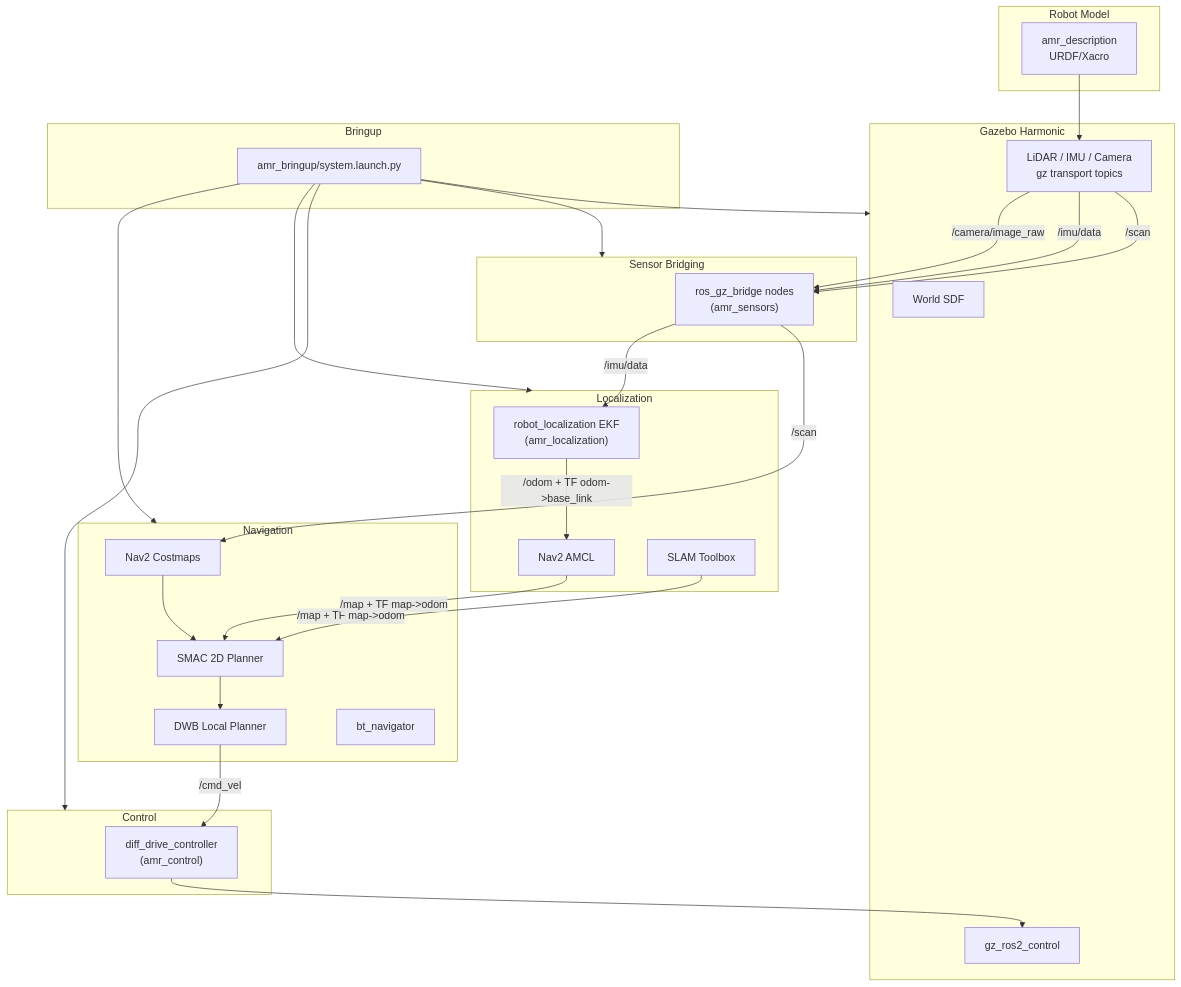
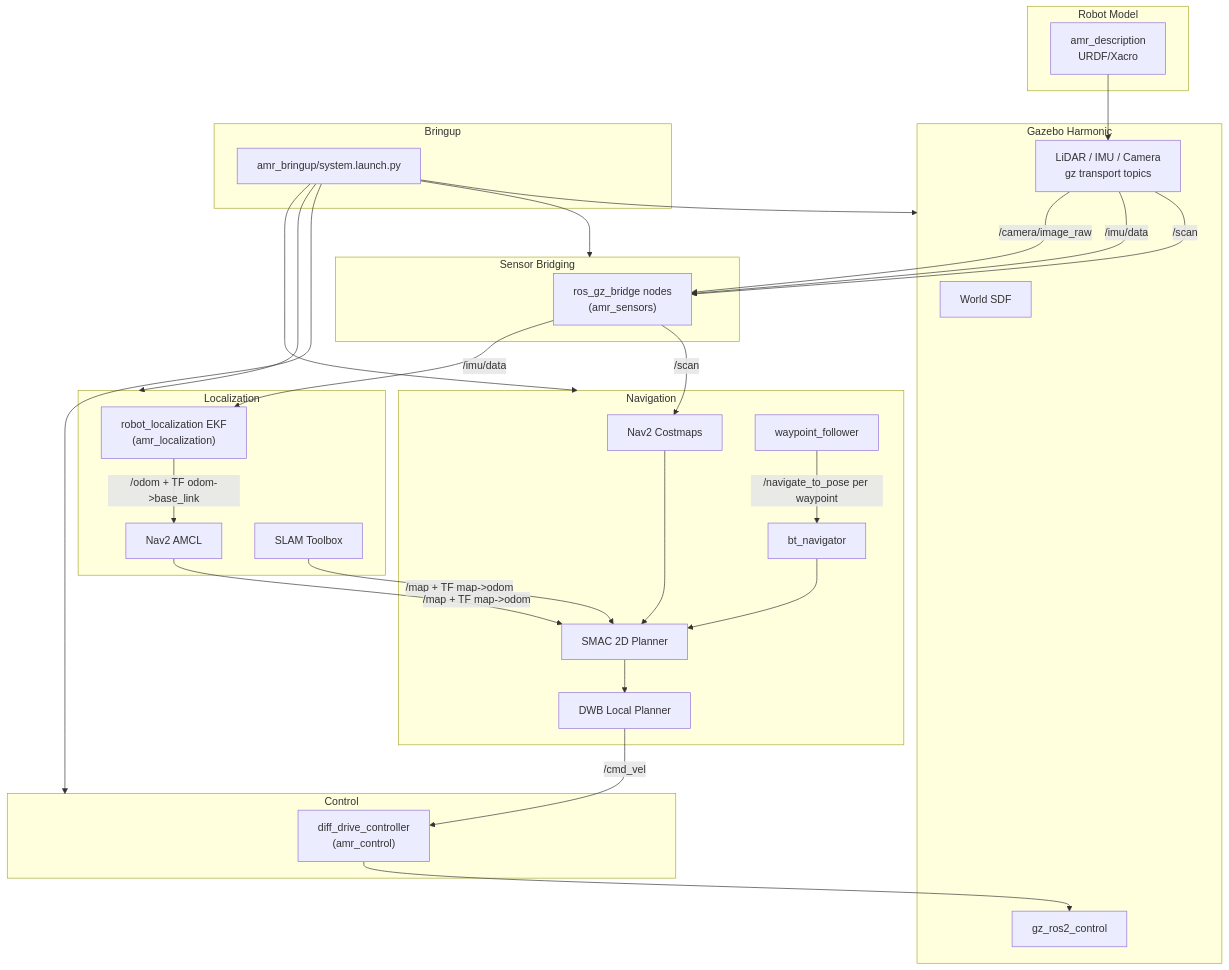
The diagram in docs/architecture.md (ganbat24/ros2_amr), drawn with Mermaid before and after one commit. The commit also changed other lines of this file, not shown here.

First line of the commit message:
docs(architecture): describe the process layout and the waypoint path

````diff
--- a/docs/architecture.md
+++ b/docs/architecture.md
@@ -28,56 +29,59 @@
 ```mermaid
 graph TB
     subgraph Sim["Gazebo Harmonic"]
         WORLD["World SDF"]
         GZ_SENSORS["LiDAR / IMU / Camera<br/>gz transport topics"]
         GZ_CTRL["gz_ros2_control"]
     end
 
     subgraph Bridge["Sensor Bridging"]
         GZ_BRIDGE["ros_gz_bridge nodes<br/>(amr_sensors)"]
     end
 
     subgraph Robot["Robot Model"]
         DESC["amr_description<br/>URDF/Xacro"]
         DESC --> GZ_SENSORS
     end
 
     subgraph Control["Control"]
         CTRL["diff_drive_controller<br/>(amr_control)"]
         CTRL --> GZ_CTRL
     end
 
     subgraph Localization["Localization"]
         EKF["robot_localization EKF<br/>(amr_localization)"]
         AMCL["Nav2 AMCL"]
         SLAM["SLAM Toolbox"]
     end
 
     subgraph Navigation["Navigation"]
         COSTMAP["Nav2 Costmaps"]
         PLANNER["SMAC 2D Planner"]
         CONTROLLER["DWB Local Planner"]
         BT["bt_navigator"]
+        WP["waypoint_follower"]
     end
 
     subgraph Orchestration["Bringup"]
         UP["amr_bringup/system.launch.py"]
     end
 
     GZ_SENSORS -->|/scan| GZ_BRIDGE
     GZ_SENSORS -->|/imu/data| GZ_BRIDGE
     GZ_SENSORS -->|/camera/image_raw| GZ_BRIDGE
     GZ_BRIDGE -->|/scan| COSTMAP
     GZ_BRIDGE -->|/imu/data| EKF
     EKF -->|/odom + TF odom->base_link| AMCL
     SLAM -->|/map + TF map->odom| PLANNER
     AMCL -->|/map + TF map->odom| PLANNER
     COSTMAP --> PLANNER
+    WP -->|/navigate_to_pose per waypoint| BT
+    BT --> PLANNER
     PLANNER --> CONTROLLER
     CONTROLLER -->|/cmd_vel| CTRL
     UP --> Sim
     UP --> Bridge
     UP --> Control
     UP --> Localization
     UP --> Navigation
 ```
````
